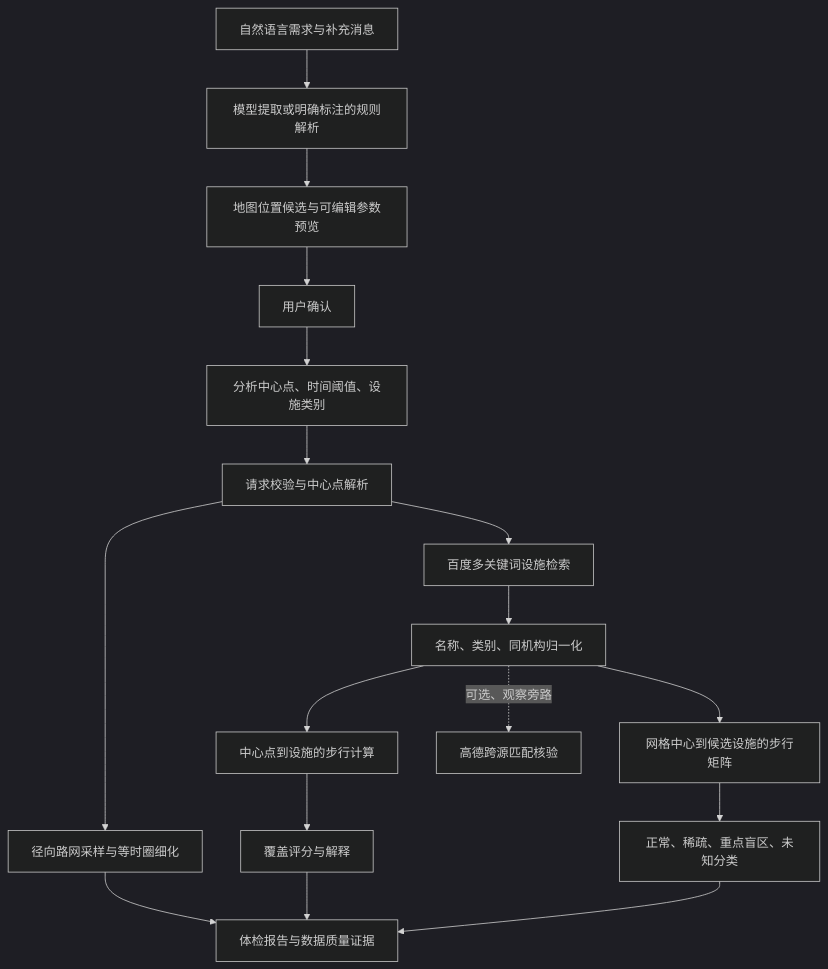
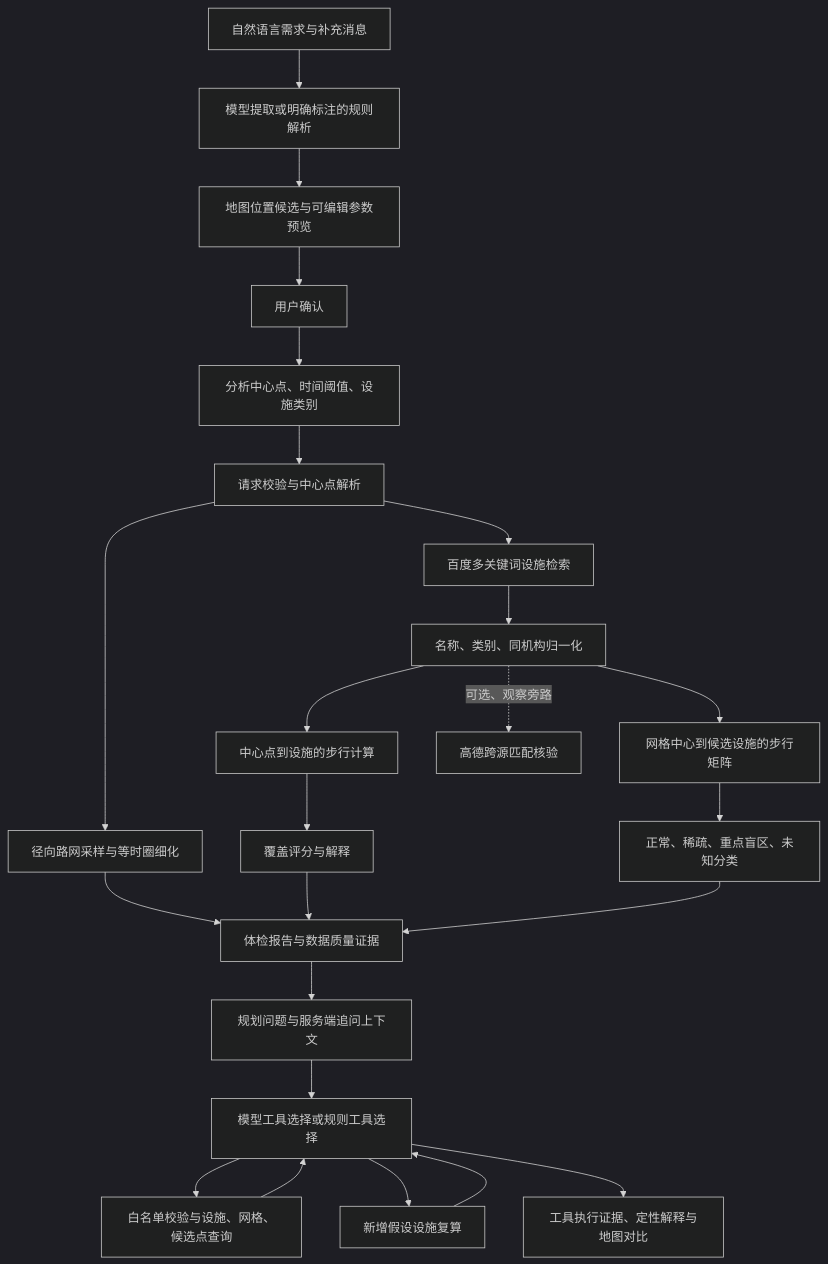
Before and after one commit to PengJunPJ/life-circle-assistant: the diagram in docs/技术设计文档.md, drawn with Mermaid (dark theme). The commit also changed other lines of this file and 27 other files, not shown here.

````diff
--- a/docs/技术设计文档.md
+++ b/docs/技术设计文档.md
@@ -26,19 +27,26 @@
 ```mermaid
 flowchart TD
     N[自然语言需求与补充消息] --> P[模型提取或明确标注的规则解析]
     P --> Q[地图位置候选与可编辑参数预览]
     Q --> V[用户确认]
     V --> A
     A[分析中心点、时间阈值、设施类别] --> B[请求校验与中心点解析]
     B --> C[百度多关键词设施检索]
     C --> D[名称、类别、同机构归一化]
     D --> E[中心点到设施的步行计算]
     D --> F[网格中心到候选设施的步行矩阵]
     B --> G[径向路网采样与等时圈细化]
     E --> H[覆盖评分与解释]
     F --> I[正常、稀疏、重点盲区、未知分类]
     G --> J[体检报告与数据质量证据]
     H --> J
     I --> J
+    J --> L[规划问题与服务端追问上下文]
+    L --> M[模型工具选择或规则工具选择]
+    M --> T[白名单校验与设施、网格、候选点查询]
+    T --> M
+    M --> S[新增假设设施复算]
+    S --> M
+    M --> R[工具执行证据、定性解释与地图对比]
     D -.可选、观察旁路.-> K[高德跨源匹配核验]
 ```
````
